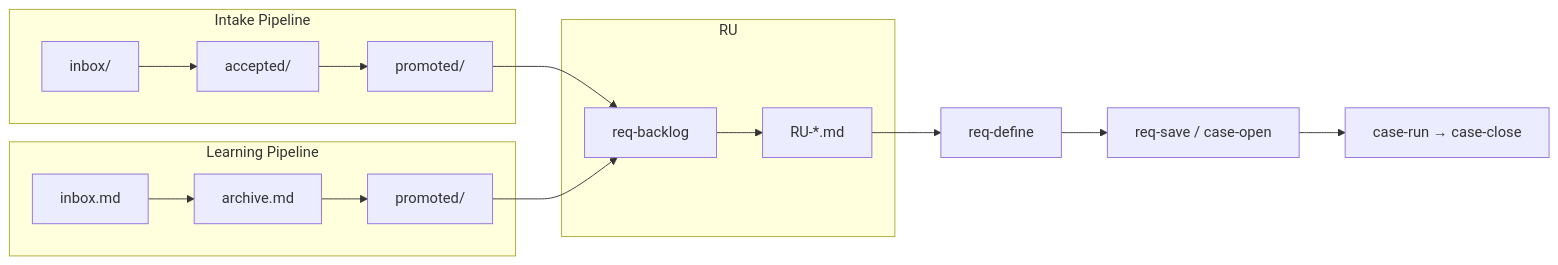
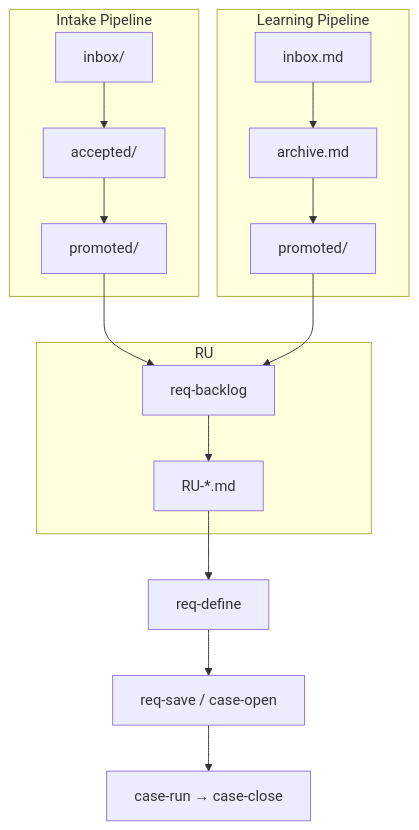
Before and after one commit to yogata/agent-dev-flow: the first of 6 diagrams in docs/guides/domain-state-lifecycle.md, drawn with Mermaid. The commit also changed other lines of this file, not shown here.

````diff
--- a/docs/guides/domain-state-lifecycle.md
+++ b/docs/guides/domain-state-lifecycle.md
@@ -9,19 +9,19 @@
 ```mermaid
-flowchart LR
+flowchart TD
     subgraph intake["Intake Pipeline"]
         IC["inbox/"] --> IR["accepted/"]
         IR --> IP["promoted/"]
     end
     subgraph learning["Learning Pipeline"]
         LC["inbox.md"] --> LR["archive.md"]
         LR --> LP["promoted/"]
     end
     IP --> RB
     LP --> RB
     subgraph ru["RU"]
         RB["req-backlog"] --> RU["RU-*.md"]
     end
     RU --> RD["req-define"]
     RD --> RS["req-save / case-open"]
     RS --> CR["case-run → case-close"]
 ```
````
